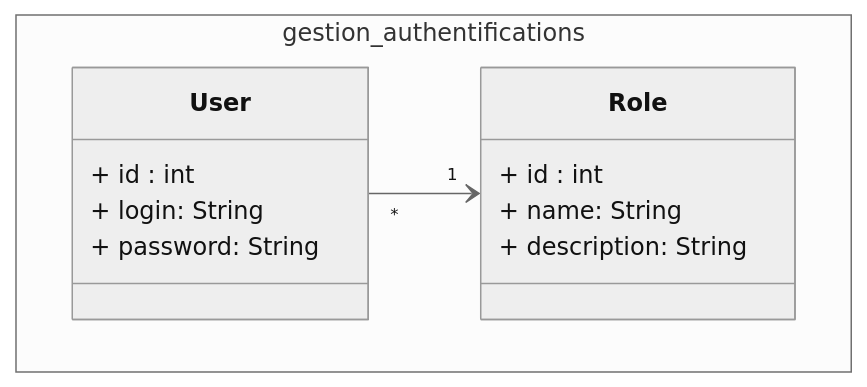
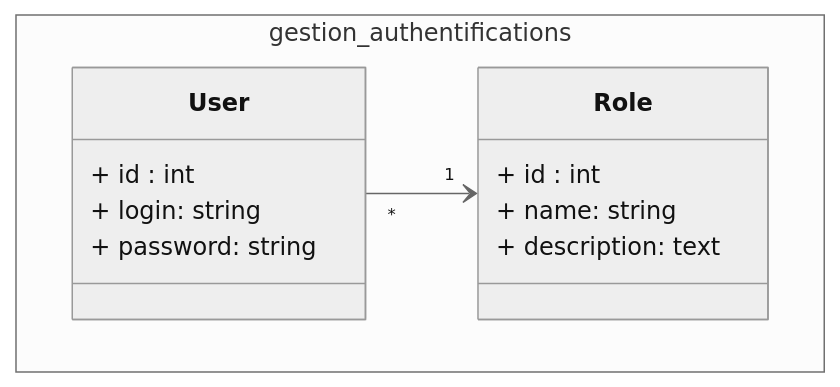
The diagram in modélisation/pkg_authentification/classes_pkg_authentification.mmd (zaani12/prototype), drawn with Mermaid (neutral theme) before and after one commit. The commit also changed 32 other files, not shown here.

```diff
--- a/modélisation/pkg_authentification/classes_pkg_authentification.mmd
+++ b/modélisation/pkg_authentification/classes_pkg_authentification.mmd
@@ -1,21 +1,21 @@
 
 classDiagram
 
 namespace gestion_authentifications {
 
 class User {
     + id : int
-    + login: String 
-    + password: String 
+    + login: string 
+    + password: string 
 
 }
 
 class Role{
     + id : int
-    + name: String 
-    + description: String 
+    + name: string 
+    + description: text 
 }
 
 }
 
 User "*" --> "1" Role
```
